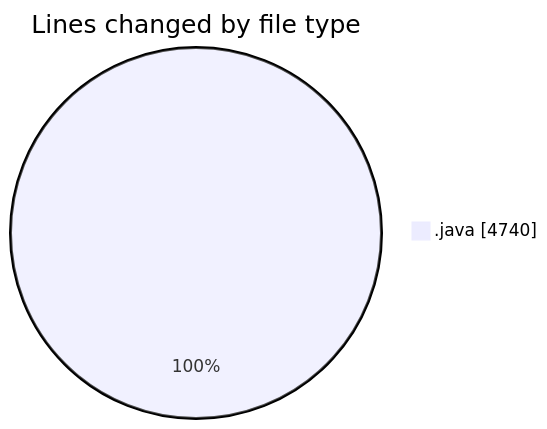
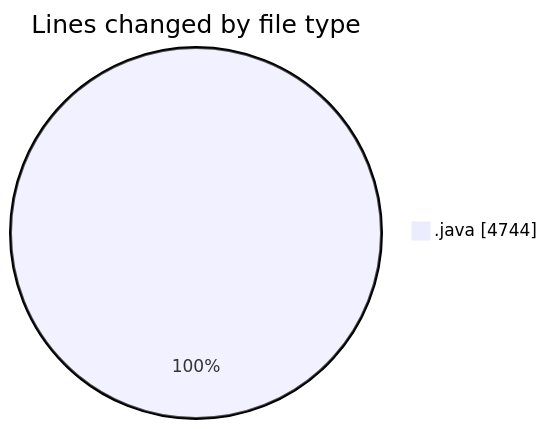
The first of 2 diagrams in 2026-04-01/cilapp/README.md (ricardozamudiocil/code-tracking), drawn with Mermaid before and after one commit. The commit also changed other lines of this file and 1 other file, not shown here.

````diff
--- a/2026-04-01/cilapp/README.md
+++ b/2026-04-01/cilapp/README.md
@@ -25,5 +25,5 @@
 ```mermaid
 pie showData
 title Lines changed by file type
-".java" : 4740
+".java" : 4744
 ```
````
